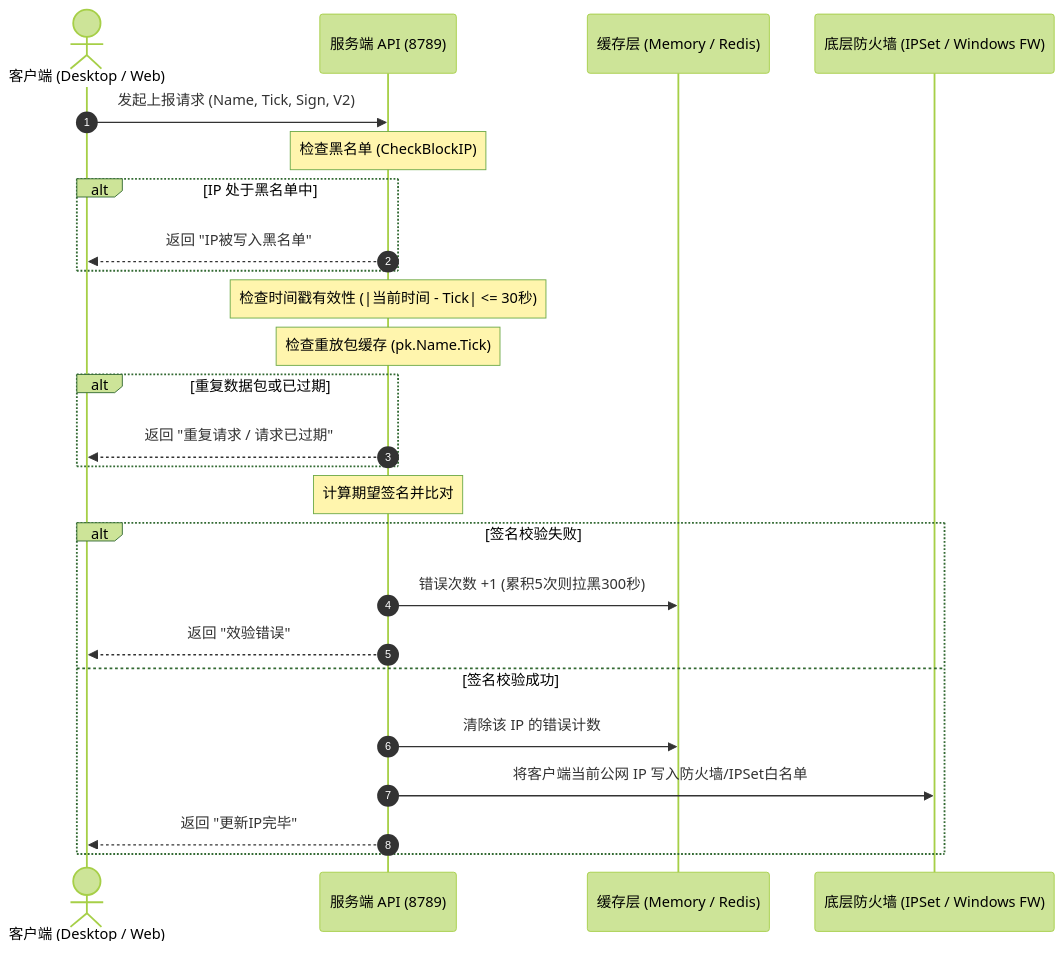
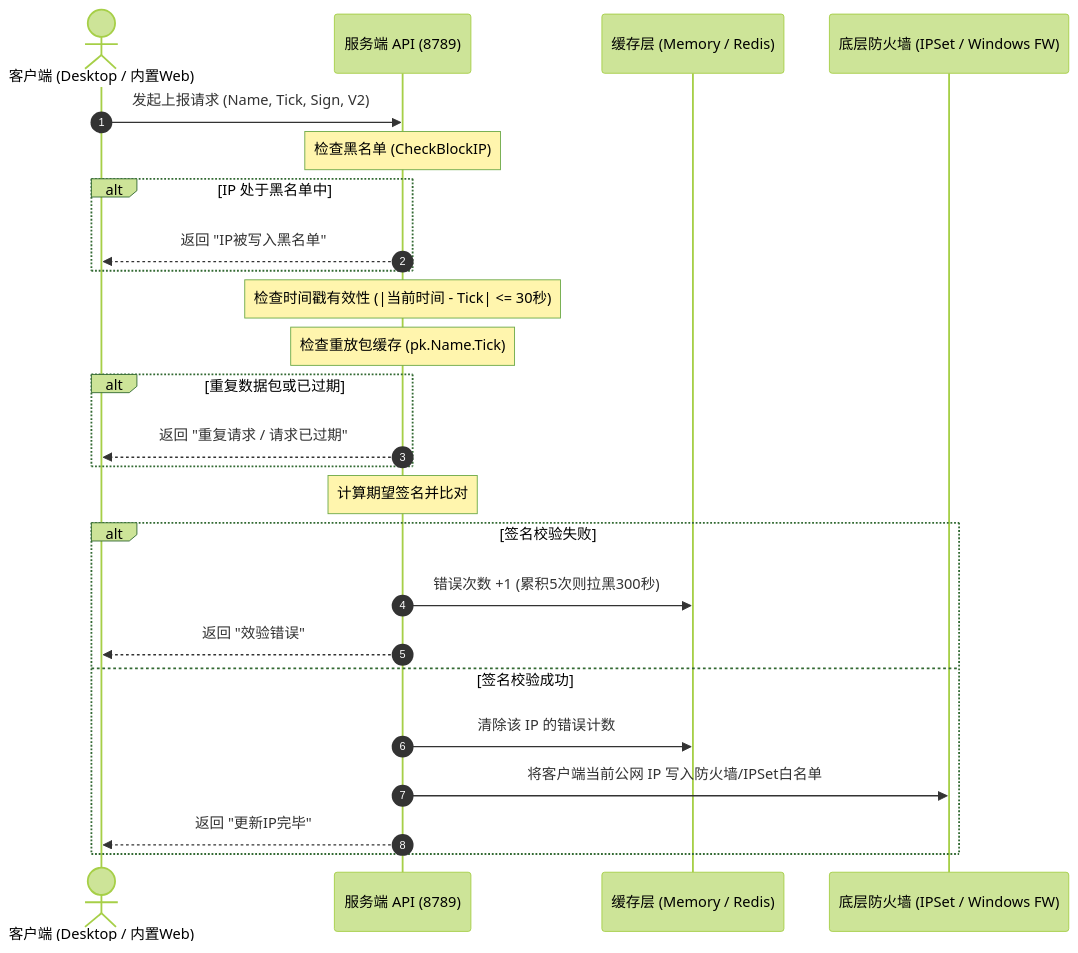
Before and after one commit to taisandog/FirewallSetting: the diagram in README.md, drawn with Mermaid (forest theme). The commit also changed other lines of this file and 4 other files, not shown here.

````diff
--- a/README.md
+++ b/README.md
@@ -87,28 +87,28 @@
 ```mermaid
 sequenceDiagram
     autonumber
-    actor Client as 客户端 (Desktop / Web)
+    actor Client as 客户端 (Desktop / 内置Web)
     participant Server as 服务端 API (8789)
     participant Cache as 缓存层 (Memory / Redis)
     participant FW as 底层防火墙 (IPSet / Windows FW)
 
     Client->>Server: 发起上报请求 (Name, Tick, Sign, V2)
     Note over Server: 检查黑名单 (CheckBlockIP)
     alt IP 处于黑名单中
         Server-->>Client: 返回 "IP被写入黑名单"
     end
     Note over Server: 检查时间戳有效性 (|当前时间 - Tick| <= 30秒)
     Note over Server: 检查重放包缓存 (pk.Name.Tick)
     alt 重复数据包或已过期
         Server-->>Client: 返回 "重复请求 / 请求已过期"
     end
     Note over Server: 计算期望签名并比对
     alt 签名校验失败
         Server->>Cache: 错误次数 +1 (累积5次则拉黑300秒)
         Server-->>Client: 返回 "效验错误"
     else 签名校验成功
         Server->>Cache: 清除该 IP 的错误计数
         Server->>FW: 将客户端当前公网 IP 写入防火墙/IPSet白名单
         Server-->>Client: 返回 "更新IP完毕"
     end
 ```
````
